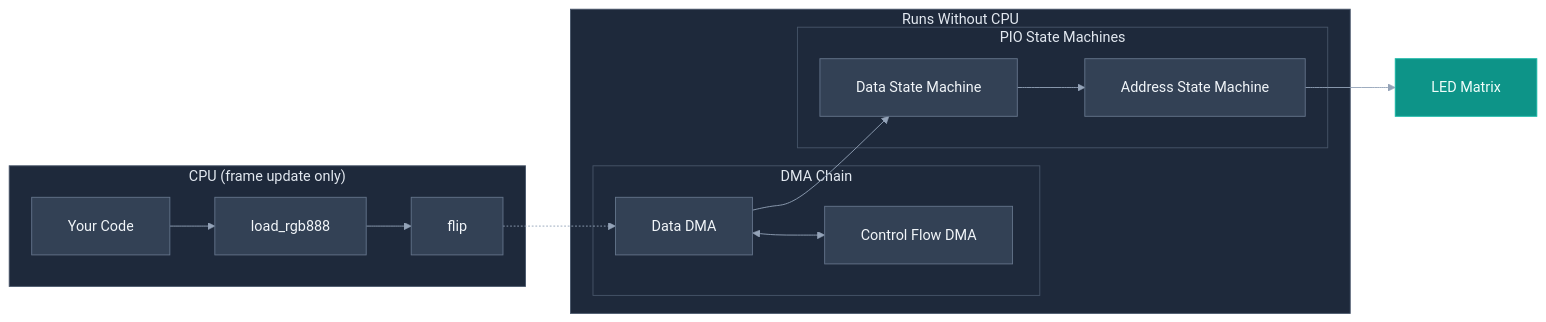
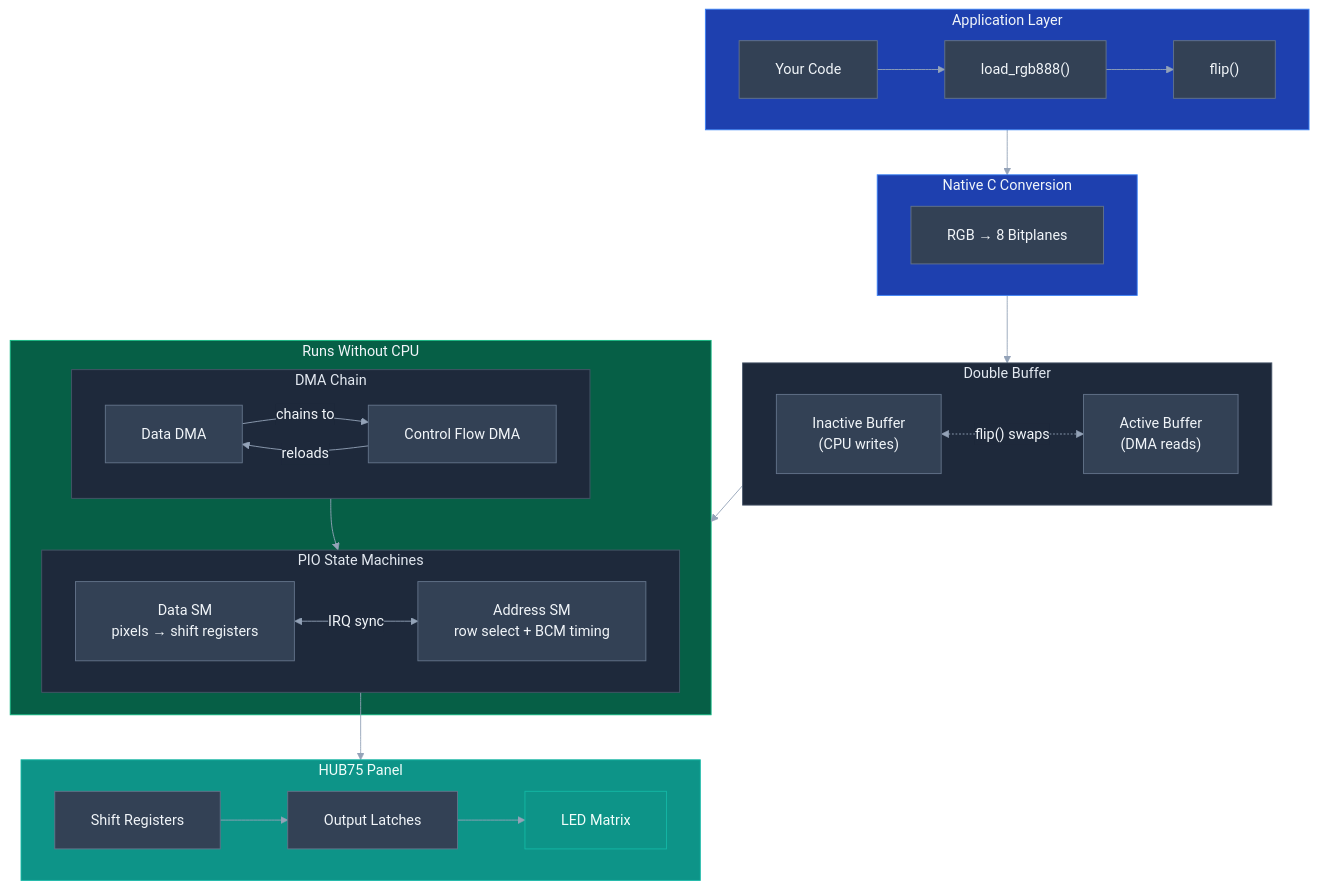
Before and after one commit to dgrantpete/Pi-Pico-Hub75-Driver: the diagram in README.md, drawn with Mermaid. The commit also changed other lines of this file and 1 other file, not shown here.

````diff
--- a/README.md
+++ b/README.md
@@ -168,50 +166,78 @@
 ```mermaid
 %%{init: {
   'theme': 'base',
   'themeVariables': {
     'primaryColor': '#334155',
     'primaryTextColor': '#f1f5f9',
     'primaryBorderColor': '#64748b',
     'lineColor': '#94a3b8',
     'secondaryColor': '#1e293b',
     'tertiaryColor': '#0f172a',
     'background': '#0f172a',
     'mainBkg': '#1e293b',
     'nodeBorder': '#475569',
     'clusterBkg': '#1e293b',
     'clusterBorder': '#475569',
     'titleColor': '#e2e8f0',
     'edgeLabelBackground': '#1e293b'
   },
   'flowchart': {
     'curve': 'basis',
     'padding': 20
   }
 }}%%
 
-flowchart LR
-    subgraph CPU ["CPU (frame update only)"]
-        A[Your Code] --> B[load_rgb888]
-        B --> C[flip]
+flowchart TB
+    subgraph APP ["Application Layer"]
+        direction LR
+        A[Your Code] --> B["load_rgb888()"]
+        B --> C["flip()"]
     end
 
-    subgraph AUTO ["Runs Without CPU"]
-        subgraph DMA ["DMA Chain"]
-            D[Data DMA] <--> E[Control Flow DMA]
+    subgraph CONVERT ["Native C Conversion"]
+        D["RGB → 8 Bitplanes"]
+    end
+
+    subgraph BUFFERS ["Double Buffer"]
+        direction LR
+        E["Inactive Buffer<br/>(CPU writes)"]
+        F["Active Buffer<br/>(DMA reads)"]
+        E <-. "flip() swaps" .-> F
+    end
+
+    subgraph AUTONOMOUS ["Runs Without CPU"]
+        subgraph DMACHAIN ["DMA Chain"]
+            direction LR
+            G["Data DMA"] -- "chains to" --> H["Control Flow DMA"]
+            H -- "reloads" --> G
         end
 
         subgraph PIO ["PIO State Machines"]
-            F[Data State Machine] --> G[Address State Machine]
+            direction LR
+            I["Data SM<br/>pixels → shift registers"]
+            J["Address SM<br/>row select + BCM timing"]
+            I <-- "IRQ sync" --> J
         end
 
-        D --> F
+        DMACHAIN --> PIO
     end
 
-    C -.-> D
-    G --> H[LED Matrix]
+    subgraph HW ["HUB75 Panel"]
+        direction LR
+        K["Shift Registers"] --> L["Output Latches"] --> M["LED Matrix"]
+    end
+
+    APP --> CONVERT
+    CONVERT --> BUFFERS
+    BUFFERS --> AUTONOMOUS
+    PIO --> HW
 
     classDef default fill:#334155,stroke:#64748b,color:#f1f5f9
-    classDef external fill:#0d9488,stroke:#14b8a6,color:#f0fdfa
-    
-    class H external
+    classDef cpuLayer fill:#1e40af,stroke:#3b82f6,color:#f1f5f9
+    classDef autonomous fill:#065f46,stroke:#10b981,color:#f1f5f9
+    classDef hardware fill:#0d9488,stroke:#14b8a6,color:#f0fdfa
+
+    class APP,CONVERT cpuLayer
+    class AUTONOMOUS autonomous
+    class HW,M hardware
 ```
````
